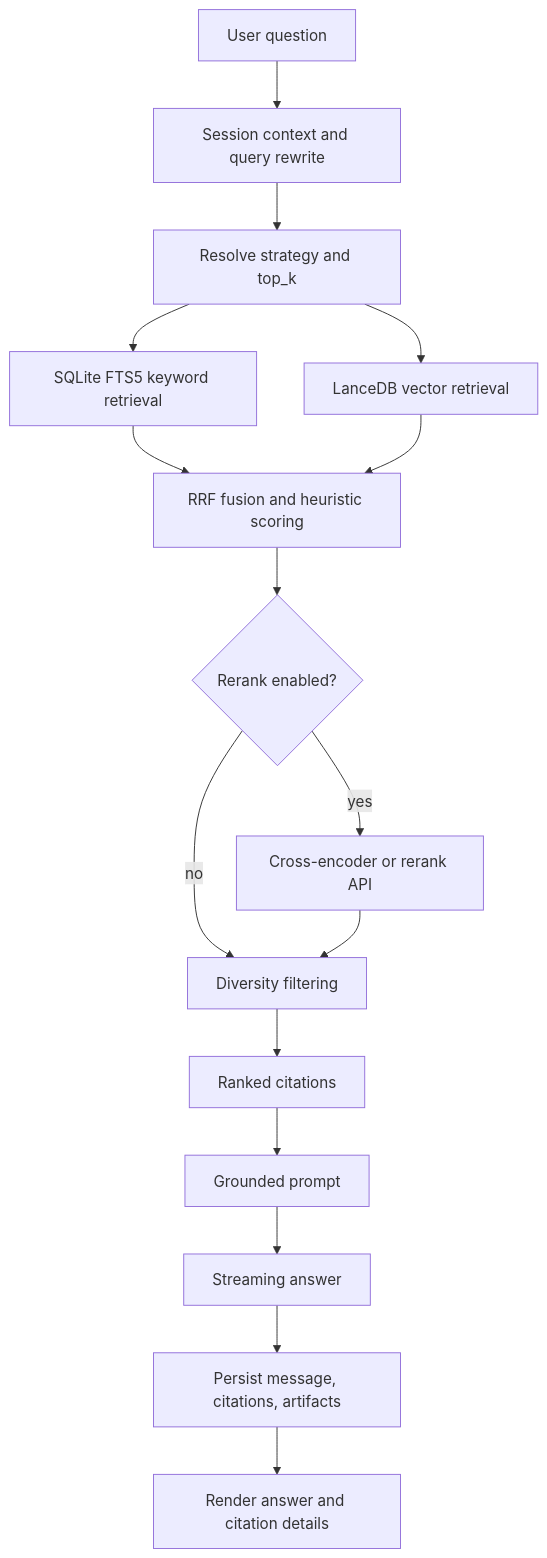
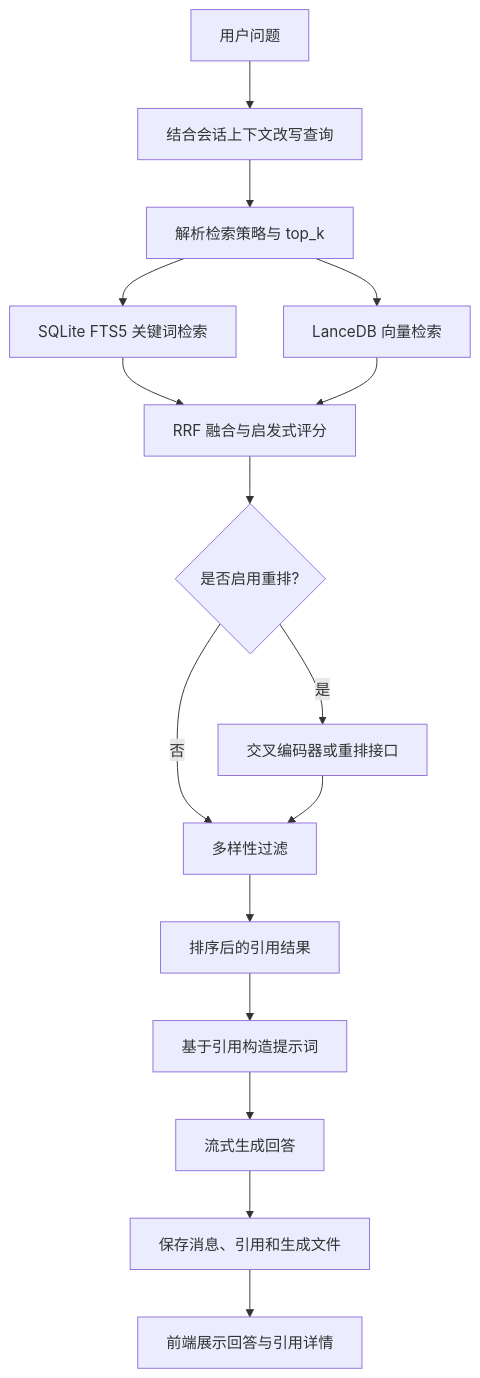
Before and after one commit to GeoSyntax/idl-rag: the second of 3 diagrams in docs/project-showcase.zh-CN.md, drawn with Mermaid. The commit also changed other lines of this file and 2 other files, not shown here.

````diff
--- a/docs/project-showcase.zh-CN.md
+++ b/docs/project-showcase.zh-CN.md
@@ -71,18 +71,18 @@
 ```mermaid
 flowchart TD
-  Q[User question] --> Rewrite[Session context and query rewrite]
-  Rewrite --> Strategy[Resolve strategy and top_k]
-  Strategy --> Keyword[SQLite FTS5 keyword retrieval]
-  Strategy --> Semantic[LanceDB vector retrieval]
-  Keyword --> Fusion[RRF fusion and heuristic scoring]
+  Q[用户问题] --> Rewrite[结合会话上下文改写查询]
+  Rewrite --> Strategy[解析检索策略与 top_k]
+  Strategy --> Keyword[SQLite FTS5 关键词检索]
+  Strategy --> Semantic[LanceDB 向量检索]
+  Keyword --> Fusion[RRF 融合与启发式评分]
   Semantic --> Fusion
-  Fusion --> Rerank{Rerank enabled?}
-  Rerank -- yes --> Cross[Cross-encoder or rerank API]
-  Rerank -- no --> Filter[Diversity filtering]
+  Fusion --> Rerank{是否启用重排?}
+  Rerank -- 是 --> Cross[交叉编码器或重排接口]
+  Rerank -- 否 --> Filter[多样性过滤]
   Cross --> Filter
-  Filter --> Citations[Ranked citations]
-  Citations --> Prompt[Grounded prompt]
-  Prompt --> Answer[Streaming answer]
-  Answer --> Persist[Persist message, citations, artifacts]
-  Persist --> UI[Render answer and citation details]
+  Filter --> Citations[排序后的引用结果]
+  Citations --> Prompt[基于引用构造提示词]
+  Prompt --> Answer[流式生成回答]
+  Answer --> Persist[保存消息、引用和生成文件]
+  Persist --> UI[前端展示回答与引用详情]
 ```
````
